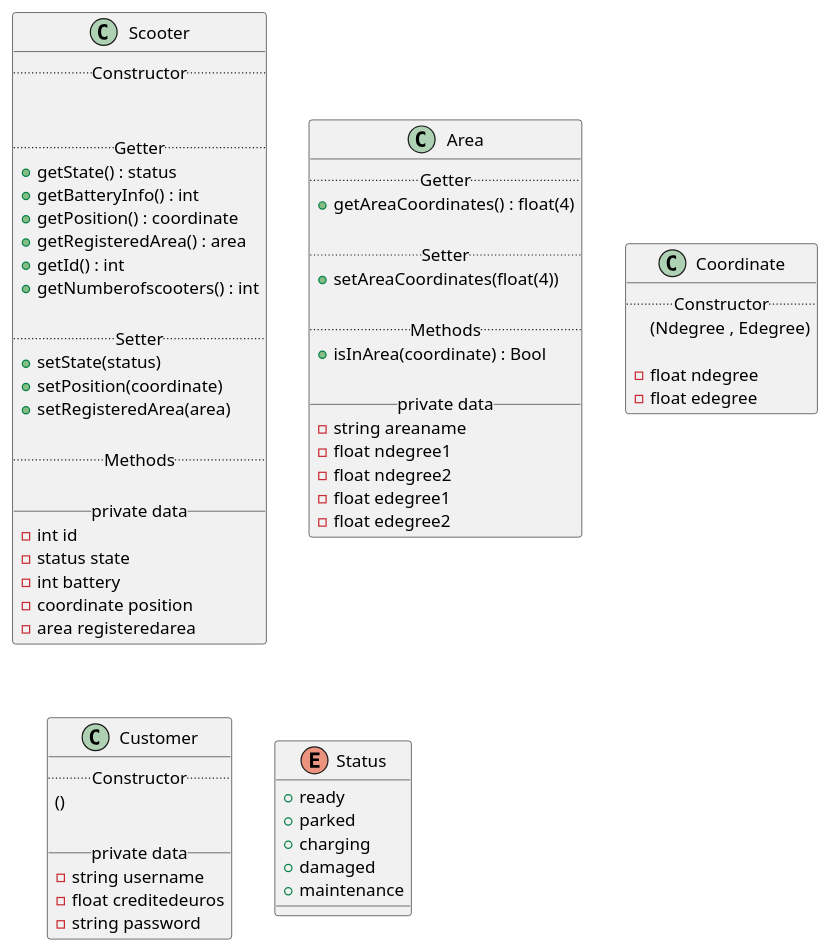
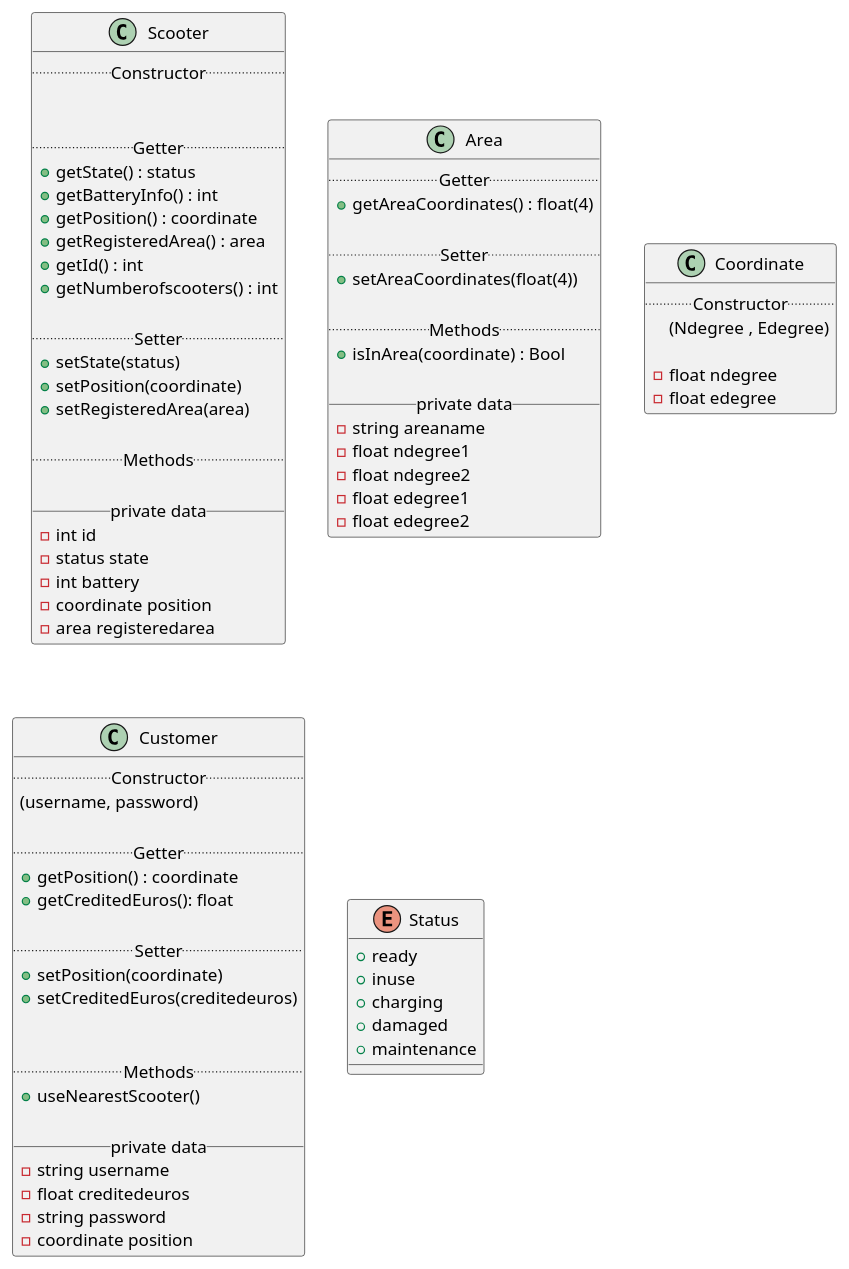
The diagram in umldiagram.iuml (fh-erfurt/Scooter-MS), drawn with PlantUML before and after one commit. The commit also changed 1 other file, not shown here.

Commit message:
updated UML $ Status Enum

```diff
--- a/umldiagram.iuml
+++ b/umldiagram.iuml
@@ -1,91 +1,104 @@
 @startuml
 
 
 
 
 
 skinparam componentStyle uml2
 
 
 
 class Scooter {
   .. Constructor ..
 
 
   .. Getter ..
   + getState() : status
   + getBatteryInfo() : int
   + getPosition() : coordinate
   + getRegisteredArea() : area
   + getId() : int
   + getNumberofscooters() : int
 
   .. Setter ..
   + setState(status)
   + setPosition(coordinate)
   +setRegisteredArea(area)
 
   .. Methods ..
 
   __ private data __
   -int id
   -status state
   -int battery
   -coordinate position
   -area registeredarea
 }
 
 class Area {
   .. Getter ..
   +getAreaCoordinates() : float(4)
 
   .. Setter ..
   +setAreaCoordinates(float(4))
 
   .. Methods ..
   +isInArea(coordinate) : Bool
 
   __ private data __
   -string areaname
   -float ndegree1
   -float ndegree2
   -float edegree1
   -float edegree2
 }
 
 
 
 class Coordinate {
   .. Constructor ..
   (Ndegree , Edegree)
 
   -float ndegree
   -float edegree
 }
 
 
 class Customer {
   .. Constructor ..
-  ()
+  (username, password)
+
+  .. Getter ..
+  + getPosition() : coordinate
+  + getCreditedEuros(): float
+
+  .. Setter ..
+  + setPosition(coordinate)
+  + setCreditedEuros(creditedeuros)
+
+
+  .. Methods ..
+  + useNearestScooter()
 
   __ private data __
   -string username
   -float creditedeuros
   -string password
+  -coordinate position
 }
 
 
 
 enum Status {
   + ready
-  + parked
+  + inuse
   + charging
   + damaged
   + maintenance
 }
 
 
 
 
 
 @enduml
```
